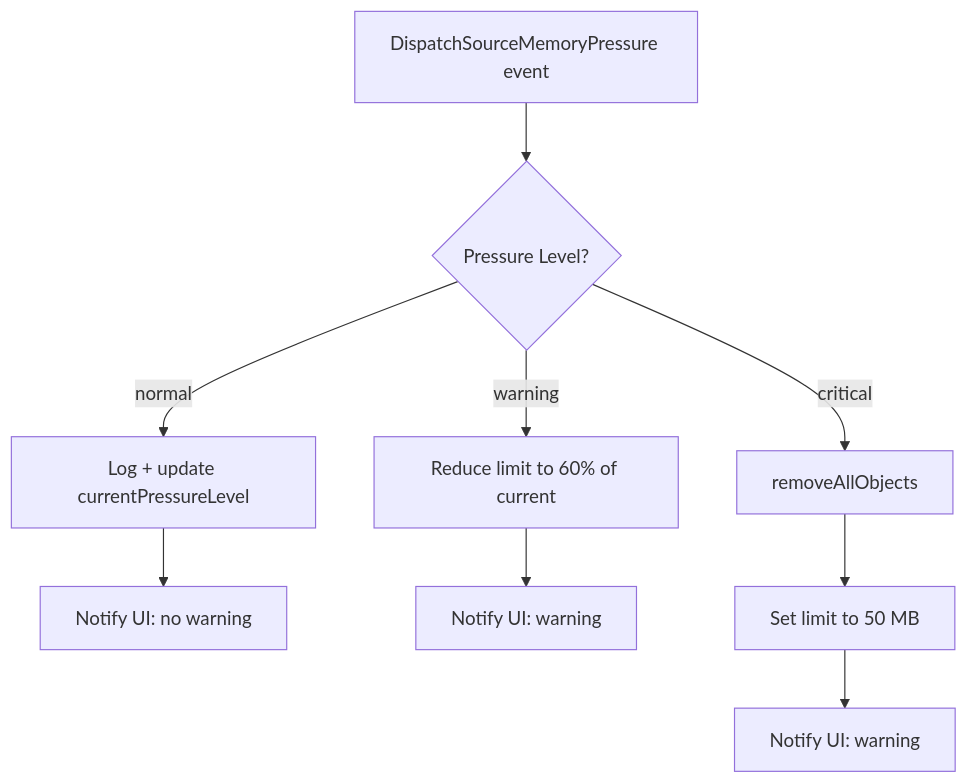
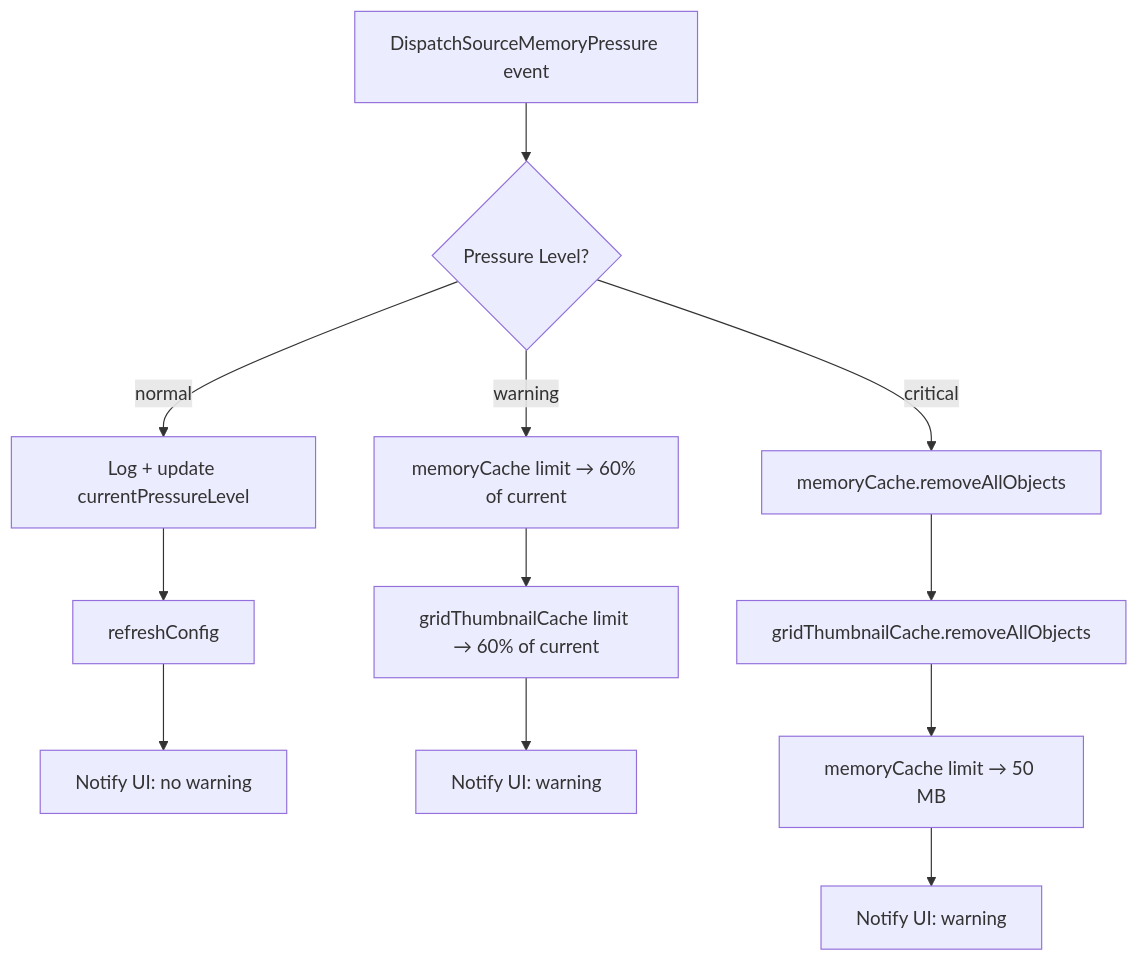
Before and after one commit to rsyncOSX/TechDocRawcull: the second of 2 diagrams in content/en/docs/cache.md, drawn with Mermaid. The commit also changed other lines of this file and 44 other files, not shown here.

````diff
--- a/content/en/docs/cache.md
+++ b/content/en/docs/cache.md
@@ -393,11 +462,14 @@
 ```mermaid
 flowchart TD
     A[DispatchSourceMemoryPressure event] --> B{Pressure Level?}
     B -- normal --> C[Log + update currentPressureLevel]
-    C --> D[Notify UI: no warning]
-    B -- warning --> E[Reduce limit to 60% of current]
-    E --> F[Notify UI: warning]
-    B -- critical --> G[removeAllObjects]
-    G --> H[Set limit to 50 MB]
+    C --> CC[refreshConfig]
+    CC --> D[Notify UI: no warning]
+    B -- warning --> E[memoryCache limit → 60% of current]
+    E --> E2[gridThumbnailCache limit → 60% of current]
+    E2 --> F[Notify UI: warning]
+    B -- critical --> G[memoryCache.removeAllObjects]
+    G --> G2[gridThumbnailCache.removeAllObjects]
+    G2 --> H[memoryCache limit → 50 MB]
     H --> I[Notify UI: warning]
 ```
````
